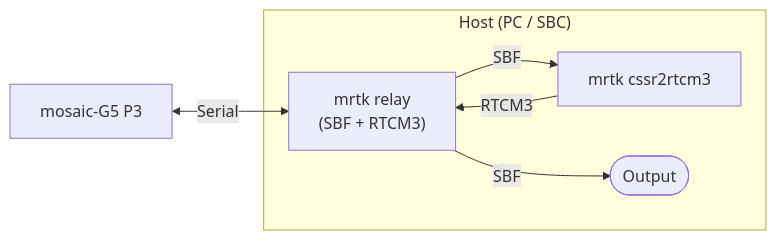
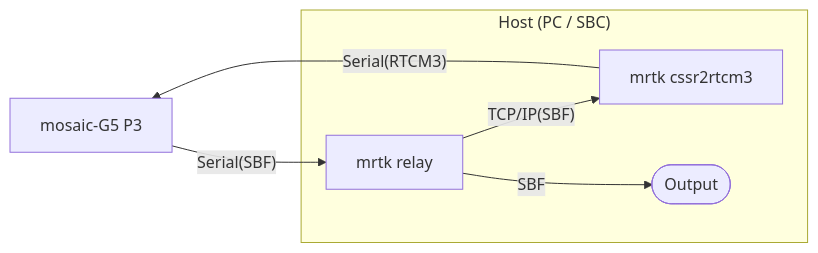
The first of 3 diagrams in docs/hardware/cssr2rtcm3-mosaic-g5.md (h-shiono/MRTKLIB), drawn with Mermaid before and after one commit. The commit also changed other lines of this file, not shown here.

First line of the commit message:
docs(cssr2rtcm3): update mosaic-G5 setup guide

````diff
--- a/docs/hardware/cssr2rtcm3-mosaic-g5.md
+++ b/docs/hardware/cssr2rtcm3-mosaic-g5.md
@@ -50,9 +50,9 @@
 ```mermaid
 flowchart LR
-    A["mosaic-G5 P3"] <-- "Serial" --> B["mrtk relay<br/>(SBF + RTCM3)"]
+    A["mosaic-G5 P3"] -- "Serial(SBF)" --> B["mrtk relay"]
     subgraph "Host (PC / SBC)"
-    B -- "SBF" --> C["mrtk cssr2rtcm3"]
-    C -- "RTCM3" --> B
+    B -- "TCP/IP(SBF)" --> C["mrtk cssr2rtcm3"]
     B -- "SBF" --> D@{ shape: stadium, label: "Output" }
     end
+    C -- "Serial(RTCM3)" --> A
 ```
````
